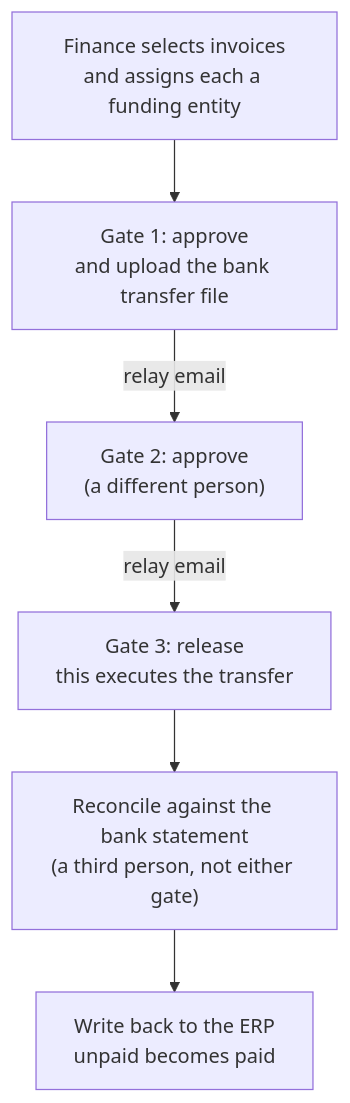
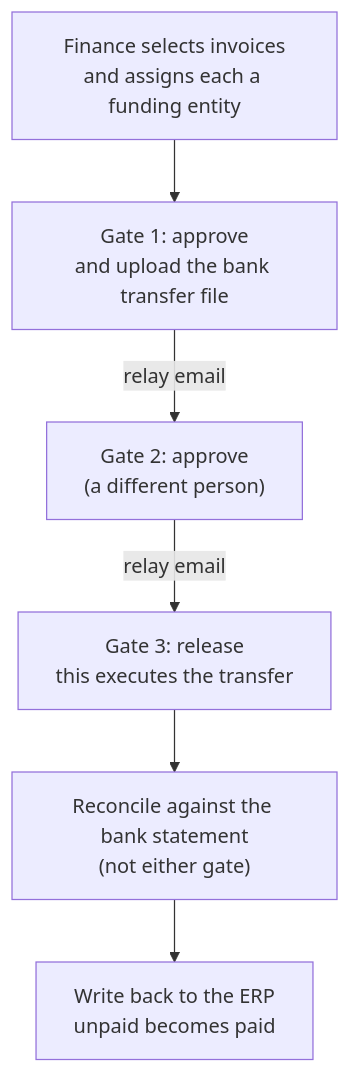
One commit to robiriu/robiriu.github.io changed the fourth of 4 diagrams in docs/projects/erp-automation-platform.md. Above: the diagram before and after it, drawn with Mermaid. The commit also changed other lines of this file and 2 other files, not shown here.

````diff
--- a/docs/projects/erp-automation-platform.md
+++ b/docs/projects/erp-automation-platform.md
@@ -179,9 +236,9 @@
 ```mermaid
 flowchart TB
     S["Finance selects invoices<br/>and assigns each a funding entity"]
     S --> G1["Gate 1: approve<br/>and upload the bank transfer file"]
     G1 -->|"relay email"| G2["Gate 2: approve<br/>(a different person)"]
     G2 -->|"relay email"| G3["Gate 3: release<br/>this executes the transfer"]
-    G3 --> R["Reconcile against the bank statement<br/>(a third person, not either gate)"]
+    G3 --> R["Reconcile against the bank statement<br/>(not either gate)"]
     R --> W["Write back to the ERP<br/>unpaid becomes paid"]
 ```
````
